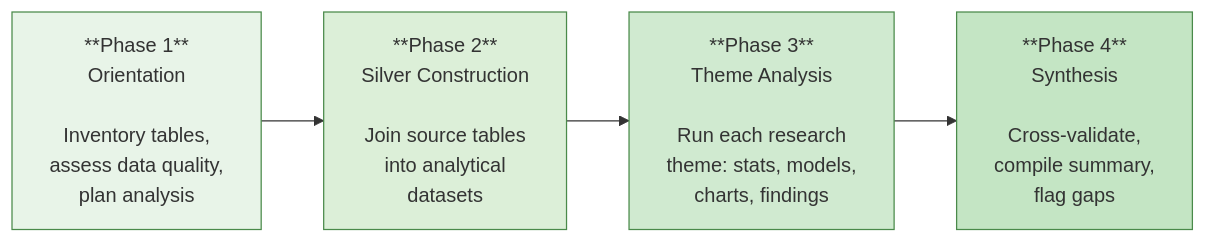
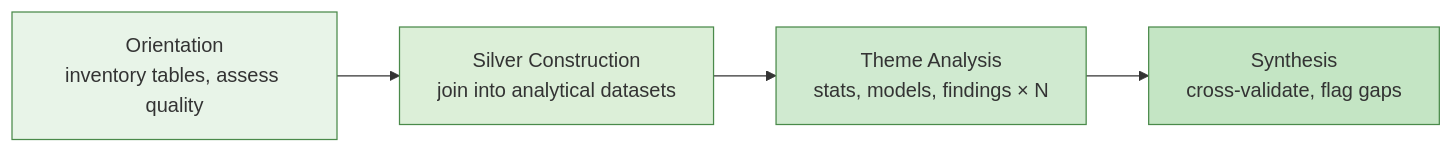
Before and after one commit to jweinberg-a2a/versifai-data-agents: the seventh of 11 diagrams in docs/architecture.md, drawn with Mermaid. The commit also changed other lines of this file and 4 other files, not shown here.

Commit message:
diagrams fixed

````diff
--- a/docs/architecture.md
+++ b/docs/architecture.md
@@ -336,16 +225,11 @@
 ```mermaid
 flowchart LR
-    P1["**Phase 1**<br>Orientation<br><br>Inventory tables,<br>assess data quality,<br>plan analysis"]
-    P2["**Phase 2**<br>Silver Construction<br><br>Join source tables<br>into analytical<br>datasets"]
-    P3["**Phase 3**<br>Theme Analysis<br><br>Run each research<br>theme: stats, models,<br>charts, findings"]
-    P4["**Phase 4**<br>Synthesis<br><br>Cross-validate,<br>compile summary,<br>flag gaps"]
-
-    P1 --> P2
-    P2 --> P3
-    P3 --> P4
+    P1["Orientation<br>inventory tables, assess quality"] --> P2["Silver Construction<br>join into analytical datasets"]
+    P2 --> P3["Theme Analysis<br>stats, models, findings × N"]
+    P3 --> P4["Synthesis<br>cross-validate, flag gaps"]
 
     style P1 fill:#e8f4e8,stroke:#4a8a4a
     style P2 fill:#dcefd8,stroke:#4a8a4a
     style P3 fill:#d0ead0,stroke:#4a8a4a
     style P4 fill:#c4e5c4,stroke:#4a8a4a
 ```
````
